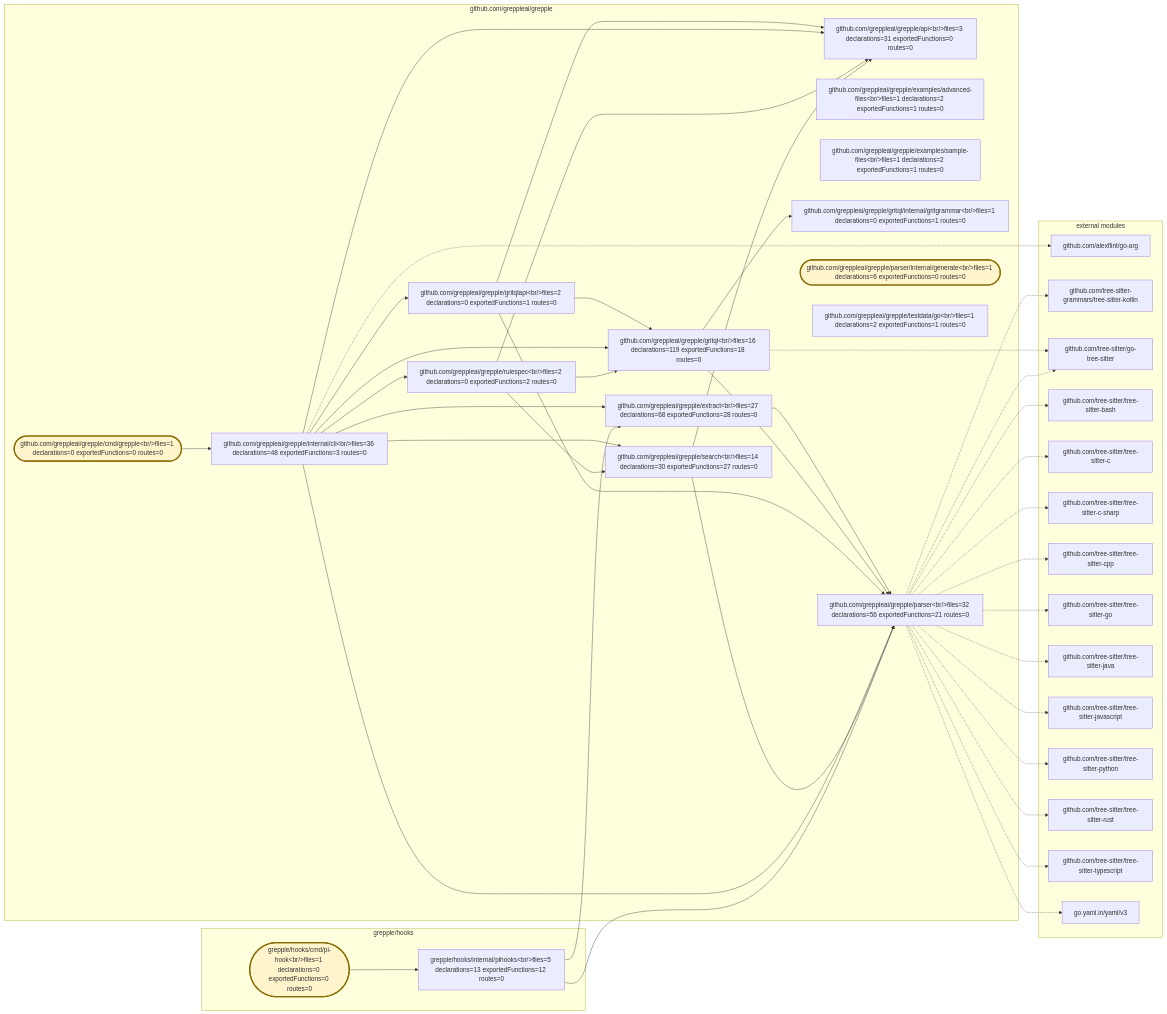
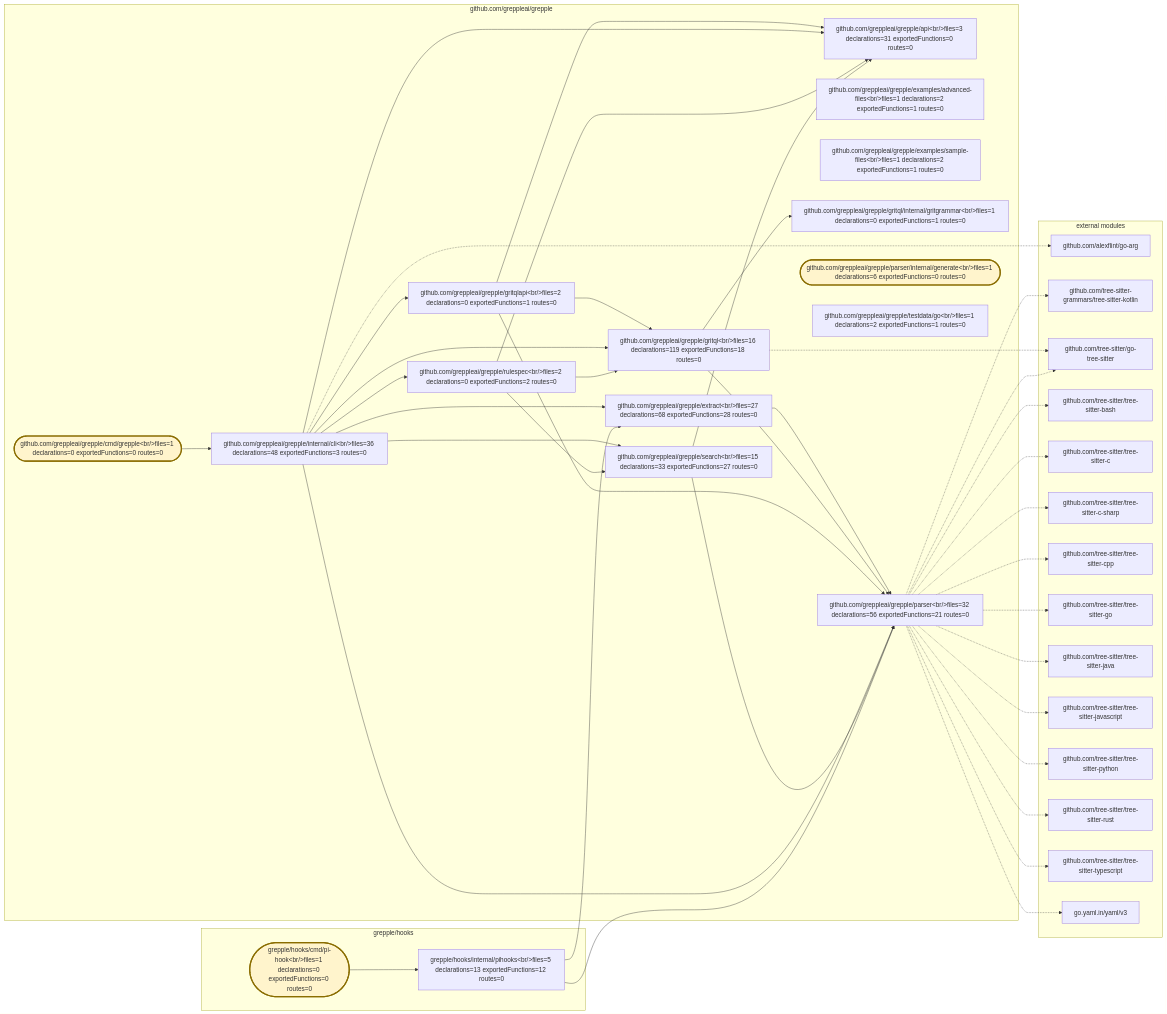
The diagram in .grepple/project.workspace/overview.mmd (greppleai/grepple), drawn with Mermaid before and after one commit. The commit also changed 17 other files, not shown here.

```diff
--- a/.grepple/project.workspace/overview.mmd
+++ b/.grepple/project.workspace/overview.mmd
@@ -1,78 +1,78 @@
 flowchart LR
     classDef entrypoint fill:#fff4cc,stroke:#8a6d00,stroke-width:3px
     subgraph module_0["github.com/greppleai/grepple"]
         package_0["github.com/greppleai/grepple/api&lt;br/&gt;files=3 declarations=31 exportedFunctions=0 routes=0"]
         package_1(["github.com/greppleai/grepple/cmd/grepple&lt;br/&gt;files=1 declarations=0 exportedFunctions=0 routes=0"])
         class package_1 entrypoint
         package_2["github.com/greppleai/grepple/examples/advanced-files&lt;br/&gt;files=1 declarations=2 exportedFunctions=1 routes=0"]
         package_3["github.com/greppleai/grepple/examples/sample-files&lt;br/&gt;files=1 declarations=2 exportedFunctions=1 routes=0"]
         package_4["github.com/greppleai/grepple/extract&lt;br/&gt;files=27 declarations=68 exportedFunctions=28 routes=0"]
         package_5["github.com/greppleai/grepple/gritql&lt;br/&gt;files=16 declarations=119 exportedFunctions=18 routes=0"]
         package_6["github.com/greppleai/grepple/gritql/internal/gritgrammar&lt;br/&gt;files=1 declarations=0 exportedFunctions=1 routes=0"]
         package_7["github.com/greppleai/grepple/gritqlapi&lt;br/&gt;files=2 declarations=0 exportedFunctions=1 routes=0"]
         package_8["github.com/greppleai/grepple/internal/cli&lt;br/&gt;files=36 declarations=48 exportedFunctions=3 routes=0"]
         package_9["github.com/greppleai/grepple/parser&lt;br/&gt;files=32 declarations=56 exportedFunctions=21 routes=0"]
         package_10(["github.com/greppleai/grepple/parser/internal/generate&lt;br/&gt;files=1 declarations=6 exportedFunctions=0 routes=0"])
         class package_10 entrypoint
         package_11["github.com/greppleai/grepple/rulespec&lt;br/&gt;files=2 declarations=0 exportedFunctions=2 routes=0"]
-        package_12["github.com/greppleai/grepple/search&lt;br/&gt;files=14 declarations=30 exportedFunctions=27 routes=0"]
+        package_12["github.com/greppleai/grepple/search&lt;br/&gt;files=15 declarations=33 exportedFunctions=27 routes=0"]
         package_13["github.com/greppleai/grepple/testdata/go&lt;br/&gt;files=1 declarations=2 exportedFunctions=1 routes=0"]
     end
     subgraph module_1["grepple/hooks"]
         package_14(["grepple/hooks/cmd/pi-hook&lt;br/&gt;files=1 declarations=0 exportedFunctions=0 routes=0"])
         class package_14 entrypoint
         package_15["grepple/hooks/internal/pihooks&lt;br/&gt;files=5 declarations=13 exportedFunctions=12 routes=0"]
     end
     package_1 --> package_8
     package_4 --> package_9
     package_5 --> package_6
     package_5 --> package_9
     package_7 --> package_0
     package_7 --> package_5
     package_7 --> package_9
     package_8 --> package_0
     package_8 --> package_4
     package_8 --> package_5
     package_8 --> package_7
     package_8 --> package_9
     package_8 --> package_11
     package_8 --> package_12
     package_11 --> package_0
     package_11 --> package_5
     package_11 --> package_12
     package_12 --> package_0
     package_12 --> package_9
     package_14 --> package_15
     package_15 --> package_4
     package_15 --> package_9
     subgraph external_dependencies["external modules"]
         external_0["github.com/alexflint/go-arg"]
         external_1["github.com/tree-sitter-grammars/tree-sitter-kotlin"]
         external_2["github.com/tree-sitter/go-tree-sitter"]
         external_3["github.com/tree-sitter/tree-sitter-bash"]
         external_4["github.com/tree-sitter/tree-sitter-c"]
         external_5["github.com/tree-sitter/tree-sitter-c-sharp"]
         external_6["github.com/tree-sitter/tree-sitter-cpp"]
         external_7["github.com/tree-sitter/tree-sitter-go"]
         external_8["github.com/tree-sitter/tree-sitter-java"]
         external_9["github.com/tree-sitter/tree-sitter-javascript"]
         external_10["github.com/tree-sitter/tree-sitter-python"]
         external_11["github.com/tree-sitter/tree-sitter-rust"]
         external_12["github.com/tree-sitter/tree-sitter-typescript"]
         external_13["go.yaml.in/yaml/v3"]
     end
     package_8 -.-> external_0
     package_9 -.-> external_1
     package_5 -.-> external_2
     package_9 -.-> external_2
     package_9 -.-> external_3
     package_9 -.-> external_4
     package_9 -.-> external_5
     package_9 -.-> external_6
     package_9 -.-> external_7
     package_9 -.-> external_8
     package_9 -.-> external_9
     package_9 -.-> external_10
     package_9 -.-> external_11
     package_9 -.-> external_12
     package_9 -.-> external_13
```
